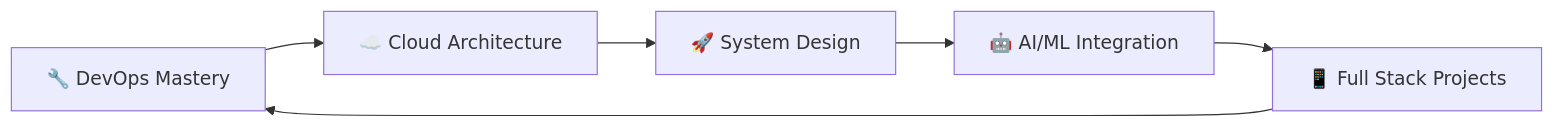
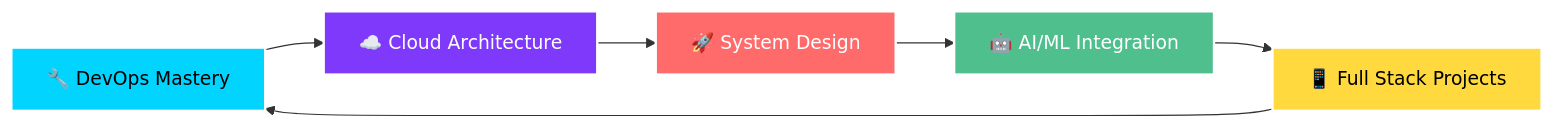
One commit to AnupamSingh2004/AnupamSingh2004 changed the diagram in README.md. Above: the diagram before and after it, drawn with Mermaid. The commit also changed other lines of this file, not shown here.

````diff
--- a/README.md
+++ b/README.md
@@ -130,8 +137,14 @@
 ```mermaid
 graph LR
     A[🔧 DevOps Mastery] --> B[☁️ Cloud Architecture]
     B --> C[🚀 System Design]
     C --> D[🤖 AI/ML Integration]
     D --> E[📱 Full Stack Projects]
     E --> A
+    
+    style A fill:#00D4FF,stroke:#fff,stroke-width:2px,color:#000
+    style B fill:#7F39FB,stroke:#fff,stroke-width:2px,color:#fff
+    style C fill:#FF6B6B,stroke:#fff,stroke-width:2px,color:#fff
+    style D fill:#4FC08D,stroke:#fff,stroke-width:2px,color:#fff
+    style E fill:#FFD93D,stroke:#fff,stroke-width:2px,color:#000
 ```
````
